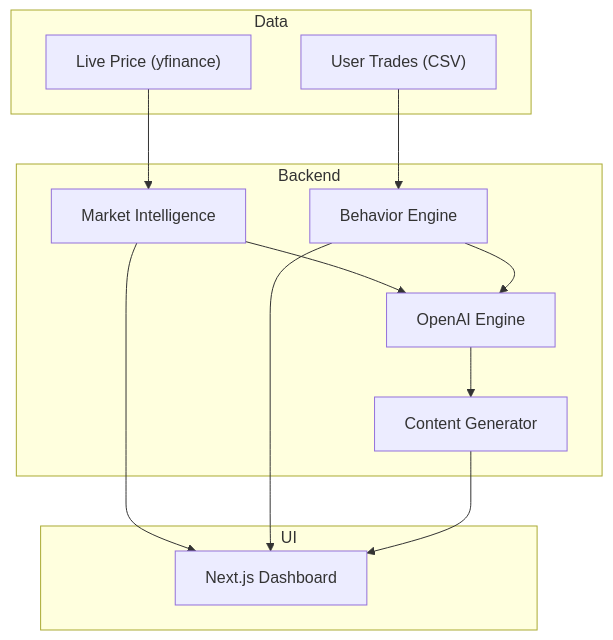
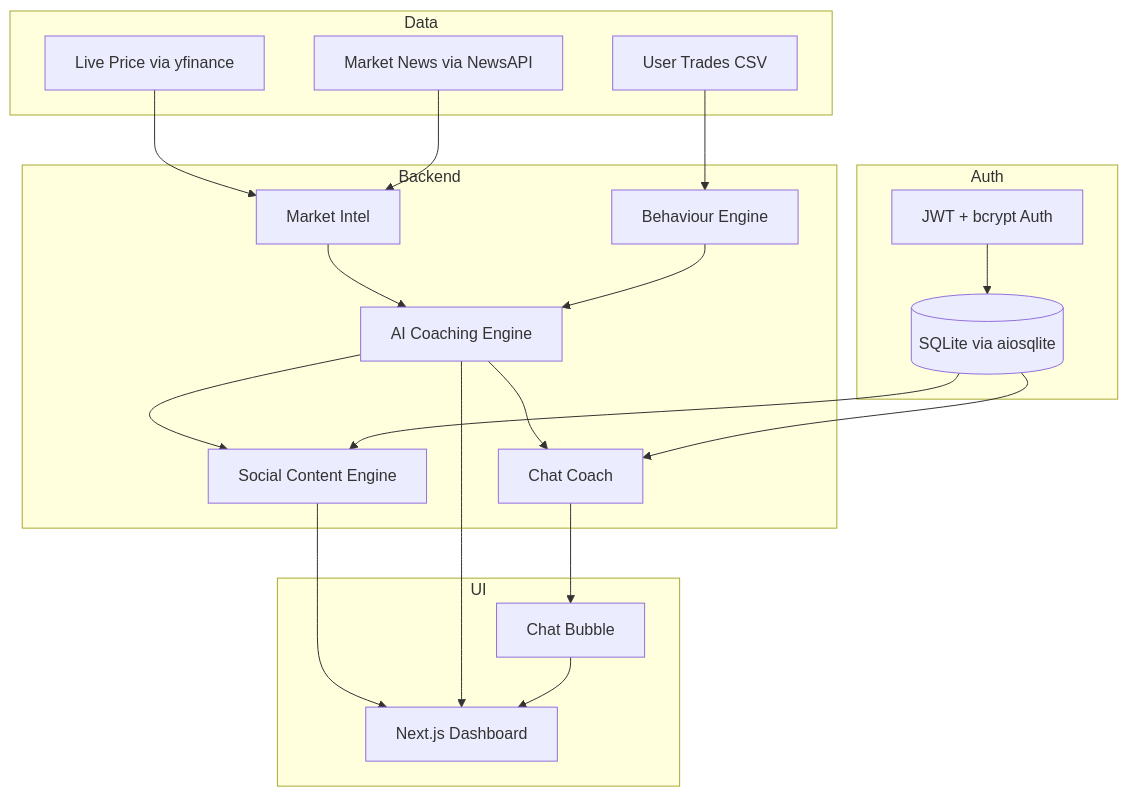
The diagram in README.md (HelixEdge/MarketMind), drawn with Mermaid before and after one commit. The commit also changed other lines of this file, not shown here.

````diff
--- a/README.md
+++ b/README.md
@@ -155,24 +183,42 @@
 ```mermaid
-flowchart TD
-subgraph DATA["Data"]
-  P["Live Price (yfinance)"]
-  T["User Trades (CSV)"]
+graph TD
+
+subgraph Data
+  P[Live Price via yfinance]
+  N[Market News via NewsAPI]
+  T[User Trades CSV]
 end
-subgraph BACKEND["Backend"]
-  M["Market Intelligence"]
-  B["Behavior Engine"]
-  C["OpenAI Engine"]
-  S["Content Generator"]
+
+subgraph Auth
+  A[JWT + bcrypt Auth]
+  DB[(SQLite via aiosqlite)]
 end
-subgraph UI["UI"]
-  D["Next.js Dashboard"]
+
+subgraph Backend
+  M[Market Intel]
+  B[Behaviour Engine]
+  AI[AI Coaching Engine]
+  S[Social Content Engine]
+  CH[Chat Coach]
 end
+
+subgraph UI
+  D[Next.js Dashboard]
+  CB[Chat Bubble]
+end
+
 P --> M
+N --> M
 T --> B
-M --> C
-B --> C
-C --> S
-M --> D
-B --> D
+M --> AI
+B --> AI
+AI --> S
+AI --> CH
 S --> D
+AI --> D
+CH --> CB
+CB --> D
+A --> DB
+DB --> CH
+DB --> S
 ```
````
